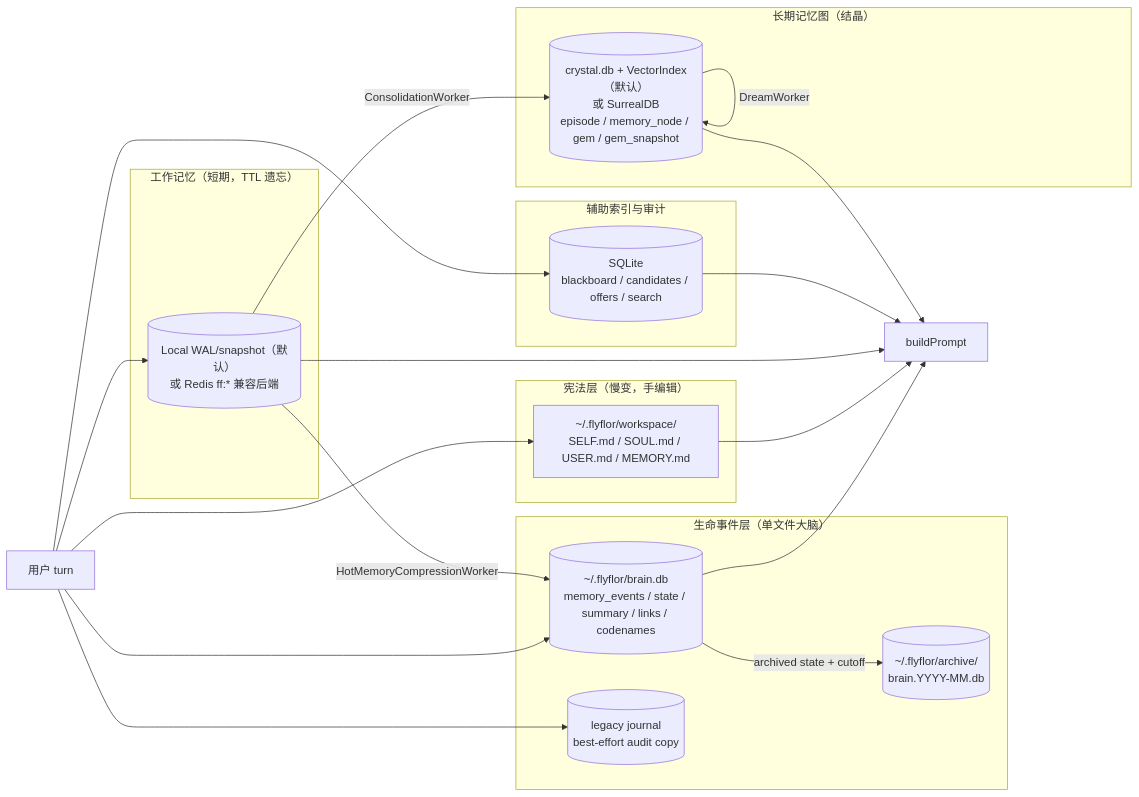
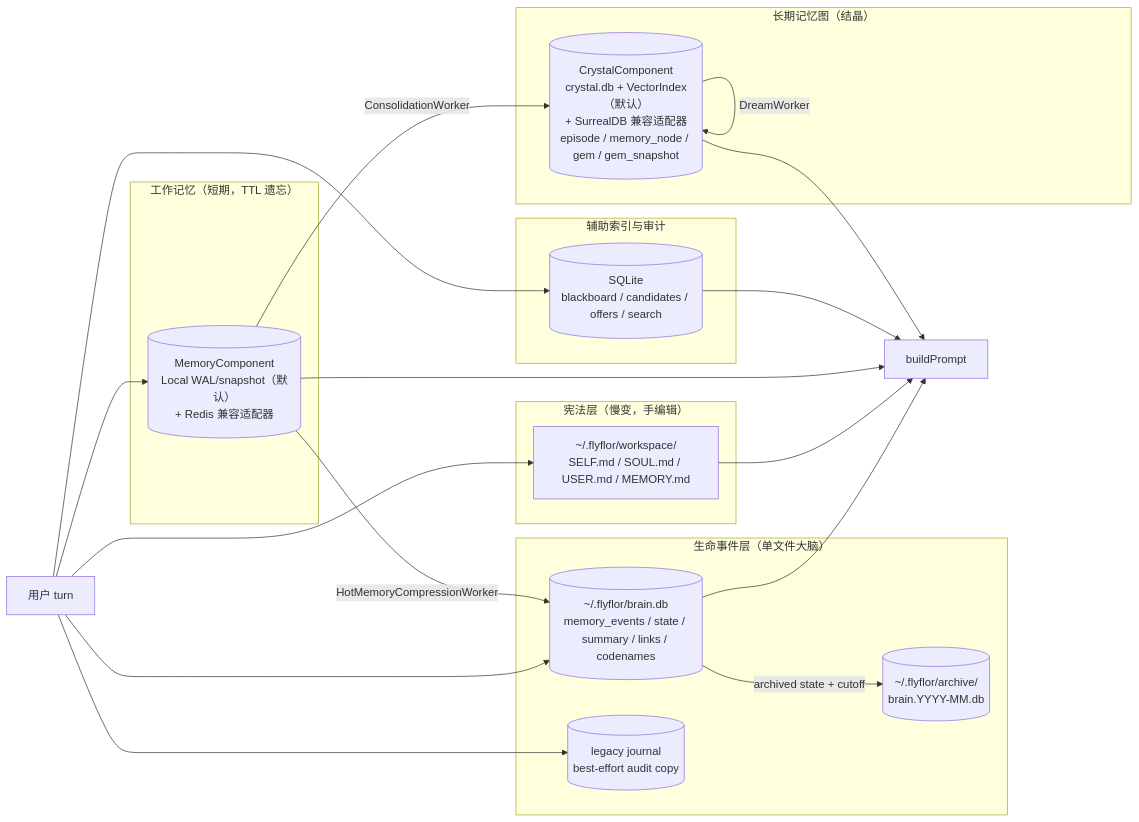
The first of 5 diagrams in docs/memory.system.md (flyflor/flyflor), drawn with Mermaid before and after one commit. The commit also changed other lines of this file and 40 other files, not shown here.

Commit message:
Align memory components and summary embedding flow

````diff
--- a/docs/memory.system.md
+++ b/docs/memory.system.md
@@ -32,39 +32,39 @@
 ```mermaid
 flowchart LR
     subgraph Constitutional["宪法层（慢变，手编辑）"]
         Markdown["~/.flyflor/workspace/<br/>SELF.md / SOUL.md / USER.md / MEMORY.md"]
     end
 
     subgraph Working["工作记忆（短期，TTL 遗忘）"]
-        Work[("Local WAL/snapshot（默认）<br/>或 Redis ff:* 兼容后端")]
+        Work[("MemoryComponent<br/>Local WAL/snapshot（默认）<br/>+ Redis 兼容适配器")]
     end
 
     subgraph Life["生命事件层（单文件大脑）"]
         Brain[("~/.flyflor/brain.db<br/>memory_events / state / summary / links / codenames")]
         Archive[("~/.flyflor/archive/<br/>brain.YYYY-MM.db")]
         Journal[("legacy journal<br/>best-effort audit copy")]
     end
 
     subgraph Index["辅助索引与审计"]
         SQLite[("SQLite<br/>blackboard / candidates / offers / search")]
     end
 
     subgraph LongTerm["长期记忆图（结晶）"]
-        Crystal[("crystal.db + VectorIndex（默认）<br/>或 SurrealDB<br/>episode / memory_node / gem / gem_snapshot")]
+        Crystal[("CrystalComponent<br/>crystal.db + VectorIndex（默认）<br/>+ SurrealDB 兼容适配器<br/>episode / memory_node / gem / gem_snapshot")]
     end
 
     User["用户 turn"] --> Brain
     Brain -- archived state + cutoff --> Archive
     User --> Journal
     User --> Work
     Work -- ConsolidationWorker --> Crystal
     Work -- HotMemoryCompressionWorker --> Brain
     Crystal -- DreamWorker --> Crystal
     User --> Markdown
     User --> SQLite
     Markdown --> Prompt["buildPrompt"]
     Brain --> Prompt
     Work --> Prompt
     Crystal --> Prompt
     SQLite --> Prompt
 ```
````
